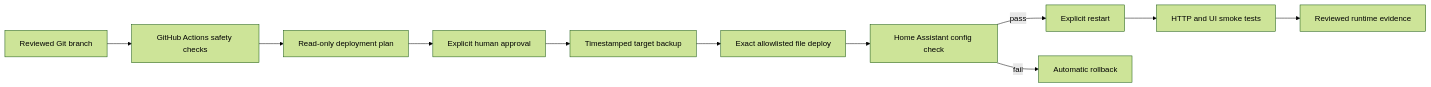
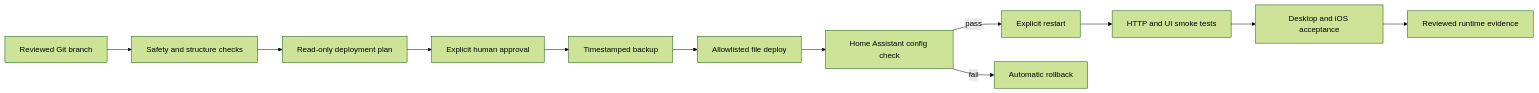
One commit to Charles-drZ/raspberry-home-showcase changed the diagram in README.md. Above: the diagram before and after it, drawn with Mermaid (forest theme). The commit also changed other lines of this file, not shown here.

````diff
--- a/README.md
+++ b/README.md
@@ -35,13 +54,14 @@
 ```mermaid
 flowchart LR
-    DEV[Reviewed Git branch] --> CI[GitHub Actions safety checks]
+    DEV[Reviewed Git branch] --> CI[Safety and structure checks]
     CI --> PLAN[Read-only deployment plan]
     PLAN --> APPROVAL[Explicit human approval]
-    APPROVAL --> BACKUP[Timestamped target backup]
-    BACKUP --> APPLY[Exact allowlisted file deploy]
+    APPROVAL --> BACKUP[Timestamped backup]
+    BACKUP --> APPLY[Allowlisted file deploy]
     APPLY --> CHECK[Home Assistant config check]
     CHECK -->|pass| RESTART[Explicit restart]
     CHECK -->|fail| ROLLBACK[Automatic rollback]
     RESTART --> SMOKE[HTTP and UI smoke tests]
-    SMOKE --> MEMORY[Reviewed runtime evidence]
+    SMOKE --> ACCEPT[Desktop and iOS acceptance]
+    ACCEPT --> MEMORY[Reviewed runtime evidence]
 ```
````
